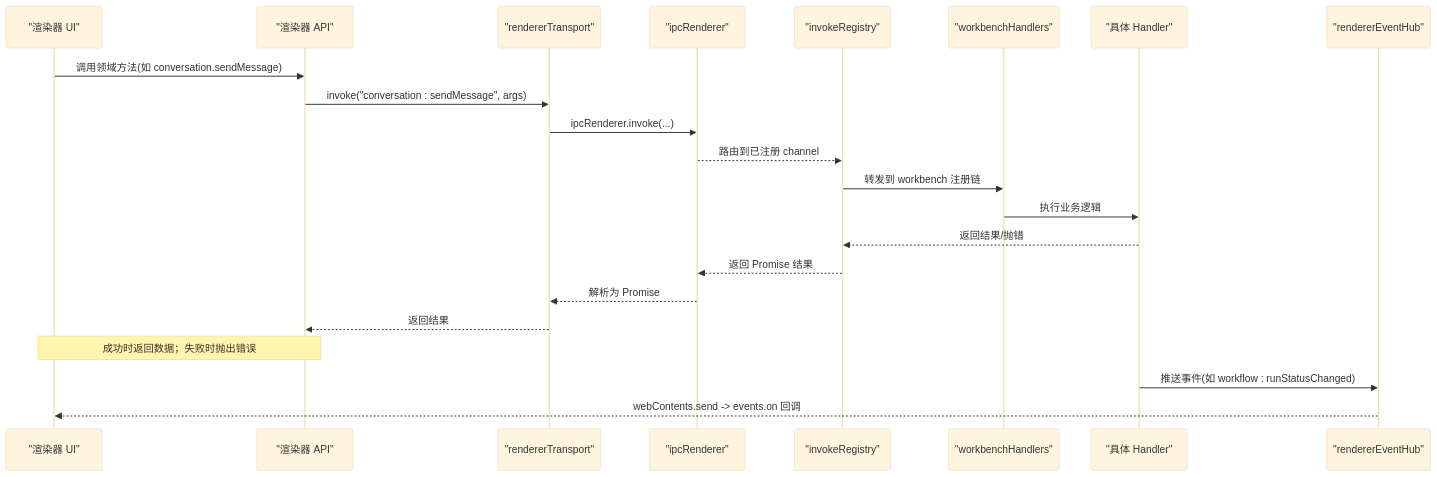
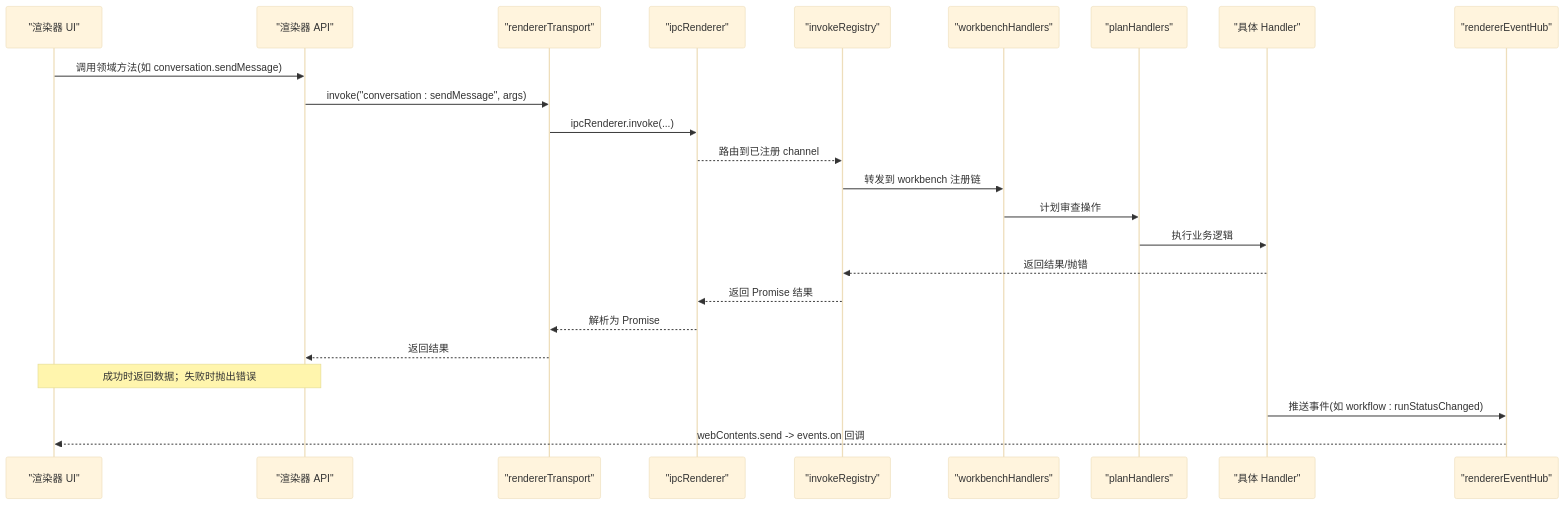
Before and after one commit to haolange/RDC-Agent: the second of 9 diagrams in .qoder/repowiki/zh/content/架构设计/渲染器架构/IPC 通信.md, drawn with Mermaid (base theme). The commit also changed other lines of this file and 208 other files, not shown here.

````diff
--- a/.qoder/repowiki/zh/content/架构设计/渲染器架构/IPC 通信.md
+++ b/.qoder/repowiki/zh/content/架构设计/渲染器架构/IPC 通信.md
@@ -98,24 +120,26 @@
 ```mermaid
 sequenceDiagram
 participant UI as "渲染器 UI"
 participant RA as "渲染器 API"
 participant RT as "rendererTransport"
 participant IR as "ipcRenderer"
 participant REG as "invokeRegistry"
 participant WB as "workbenchHandlers"
+participant PH as "planHandlers"
 participant H as "具体 Handler"
 participant EH as "rendererEventHub"
 UI->>RA : 调用领域方法(如 conversation.sendMessage)
 RA->>RT : invoke("conversation : sendMessage", args)
 RT->>IR : ipcRenderer.invoke(...)
 IR-->>REG : 路由到已注册 channel
 REG->>WB : 转发到 workbench 注册链
-WB->>H : 执行业务逻辑
+WB->>PH : 计划审查操作
+PH->>H : 执行业务逻辑
 H-->>REG : 返回结果/抛错
 REG-->>IR : 返回 Promise 结果
 IR-->>RT : 解析为 Promise
 RT-->>RA : 返回结果
 Note over UI,RA : 成功时返回数据；失败时抛出错误
 H->>EH : 推送事件(如 workflow : runStatusChanged)
 EH-->>UI : webContents.send -> events.on 回调
 ```
````
